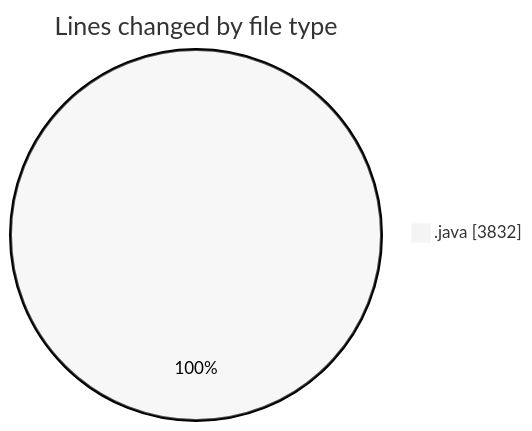
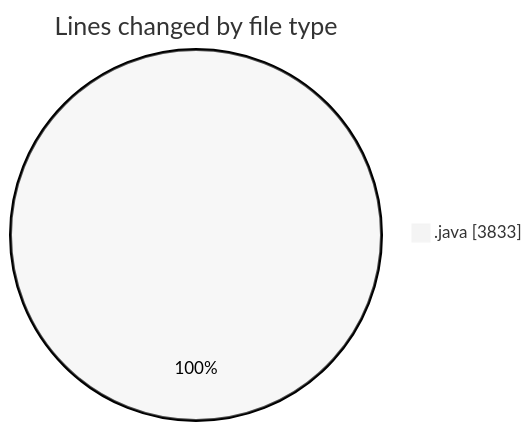
Before and after one commit to charlie-sans/code-tracking: the first of 2 diagrams in 2025-02-18/masm/README.md, drawn with Mermaid (neutral theme). The commit also changed other lines of this file and 1 other file, not shown here.

````diff
--- a/2025-02-18/masm/README.md
+++ b/2025-02-18/masm/README.md
@@ -27,5 +27,5 @@
 ```mermaid
 pie showData
 title Lines changed by file type
-".java" : 3832
+".java" : 3833
 ```
````
